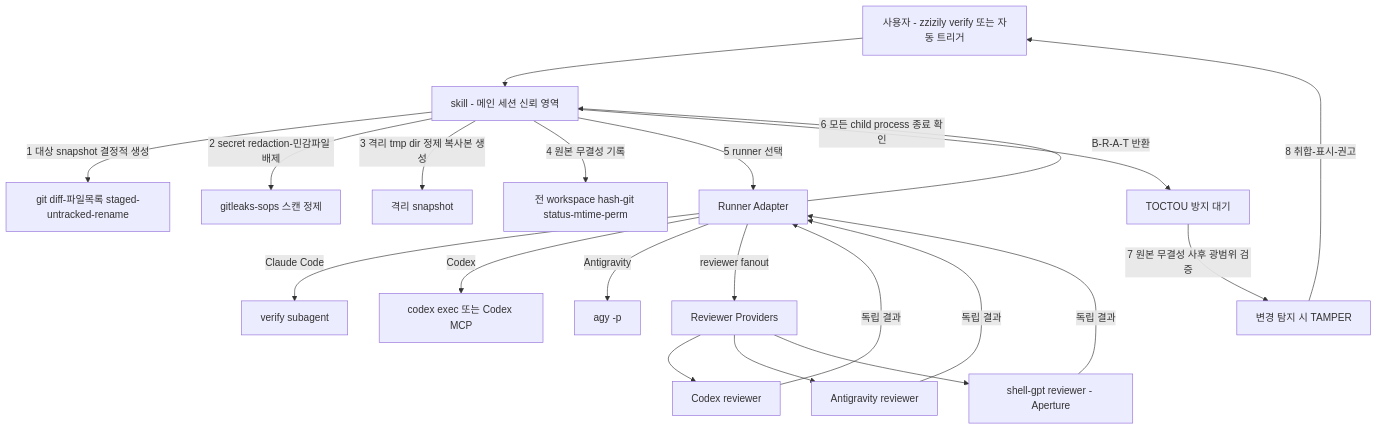
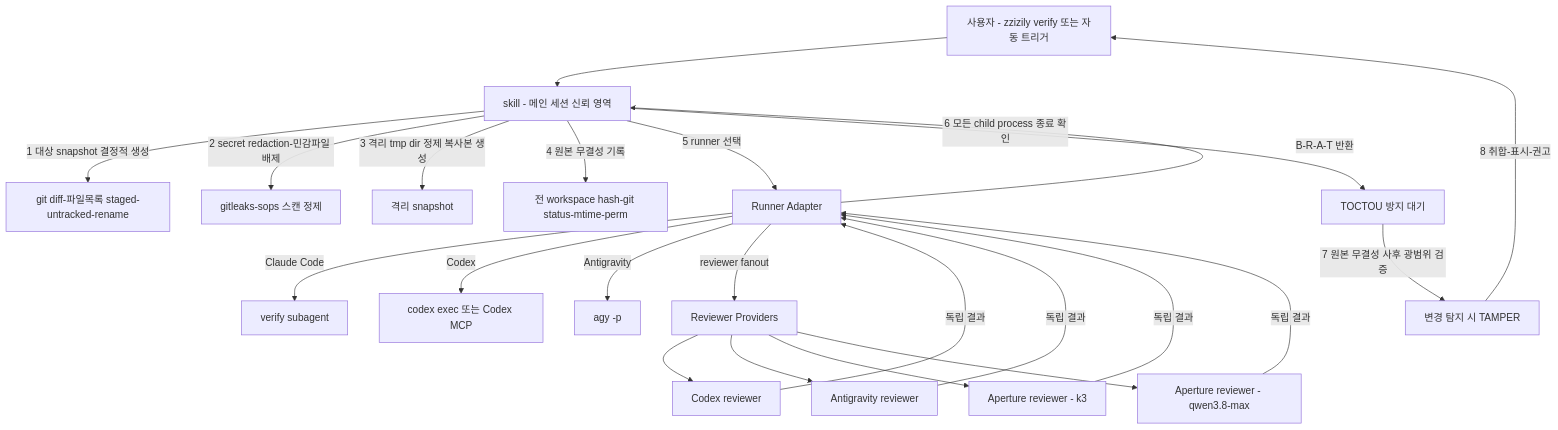
The diagram in plugins/review/skills/verify/SKILL.md (deuxksy/ai-agent-skill), drawn with Mermaid before and after one commit. The commit also changed other lines of this file and 4 other files, not shown here.

Commit message:
feat(review): Aperture K3·Qwen 교차검증 추가

````diff
--- a/plugins/review/skills/verify/SKILL.md
+++ b/plugins/review/skills/verify/SKILL.md
@@ -51,23 +41,25 @@
 ```mermaid
 graph TD
     U[사용자 - zzizily verify 또는 자동 트리거] --> SK[skill - 메인 세션 신뢰 영역]
     SK -->|1 대상 snapshot 결정적 생성| S1[git diff-파일목록 staged-untracked-rename]
     SK -->|2 secret redaction-민감파일 배제| S2[gitleaks-sops 스캔 정제]
     SK -->|3 격리 tmp dir 정제 복사본 생성| S3[격리 snapshot]
     SK -->|4 원본 무결성 기록| S4[전 workspace hash-git status-mtime-perm]
     SK -->|5 runner 선택| RN[Runner Adapter]
     RN -->|Claude Code| CC[verify subagent]
     RN -->|Codex| CX[codex exec 또는 Codex MCP]
     RN -->|Antigravity| AG[agy -p]
     RN -->|reviewer fanout| RV[Reviewer Providers]
     RV --> CXR[Codex reviewer]
     RV --> AGR[Antigravity reviewer]
-    RV --> SGR[shell-gpt reviewer - Aperture]
+    RV --> AK3[Aperture reviewer - k3]
+    RV --> AQW[Aperture reviewer - qwen3.8-max]
     CXR -->|독립 결과| RN
     AGR -->|독립 결과| RN
-    SGR -->|독립 결과| RN
+    AK3 -->|독립 결과| RN
+    AQW -->|독립 결과| RN
     RN -->|B-R-A-T 반환| SK
     SK -->|6 모든 child process 종료 확인| W[TOCTOU 방지 대기]
     W -->|7 원본 무결성 사후 광범위 검증| S5[변경 탐지 시 TAMPER]
     S5 -->|8 취합-표시-권고| U
 ```
````
